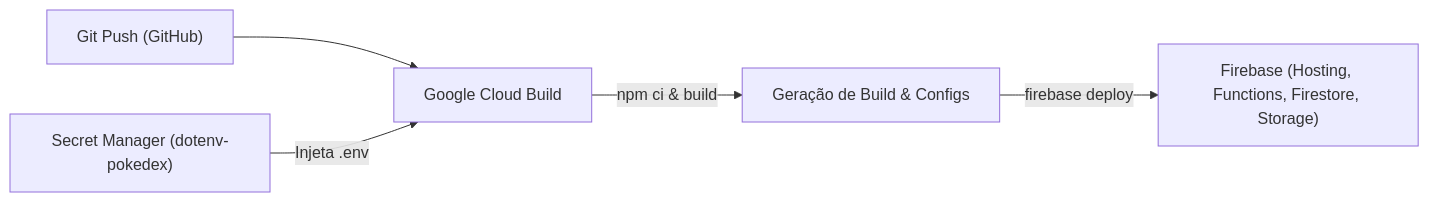
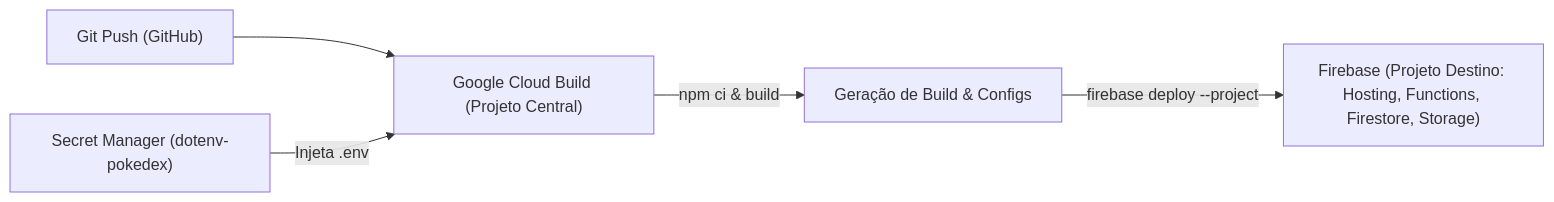
One commit to vitoresende/pokedex-tcg changed the third of 3 diagrams in README.md. Above: the diagram before and after it, drawn with Mermaid. The commit also changed other lines of this file and 1 other file, not shown here.

Commit message:
docs: update documentation and cloudbuild configuration to support cross-project Firebase deployments

````diff
--- a/README.md
+++ b/README.md
@@ -284,7 +286,7 @@
 ```mermaid
 flowchart LR
-    GIT["Git Push (GitHub)"] --> CLOUDBUILD["Google Cloud Build"]
+    GIT["Git Push (GitHub)"] --> CLOUDBUILD["Google Cloud Build (Projeto Central)"]
     SECRETS["Secret Manager (dotenv-pokedex)"] -->|Injeta .env| CLOUDBUILD
     CLOUDBUILD -->|npm ci & build| ASSETS["Geração de Build & Configs"]
-    ASSETS -->|firebase deploy| FIREBASE["Firebase (Hosting, Functions, Firestore, Storage)"]
+    ASSETS -->|firebase deploy --project| FIREBASE["Firebase (Projeto Destino: Hosting, Functions, Firestore, Storage)"]
 ```
````
